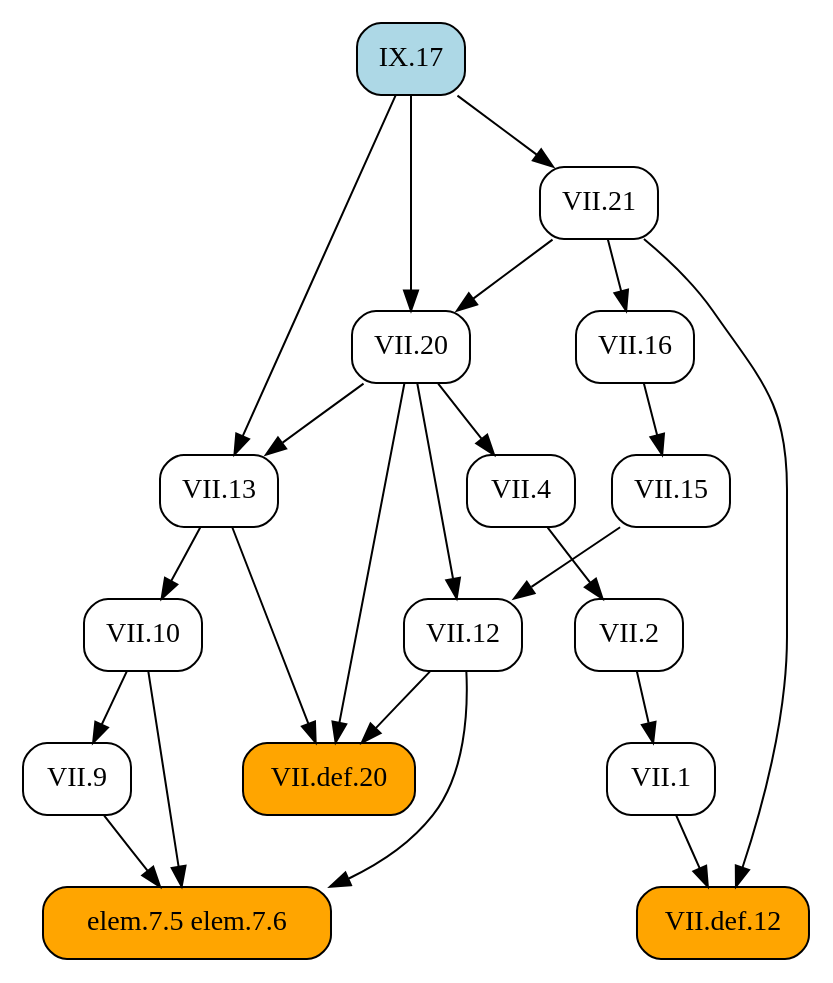
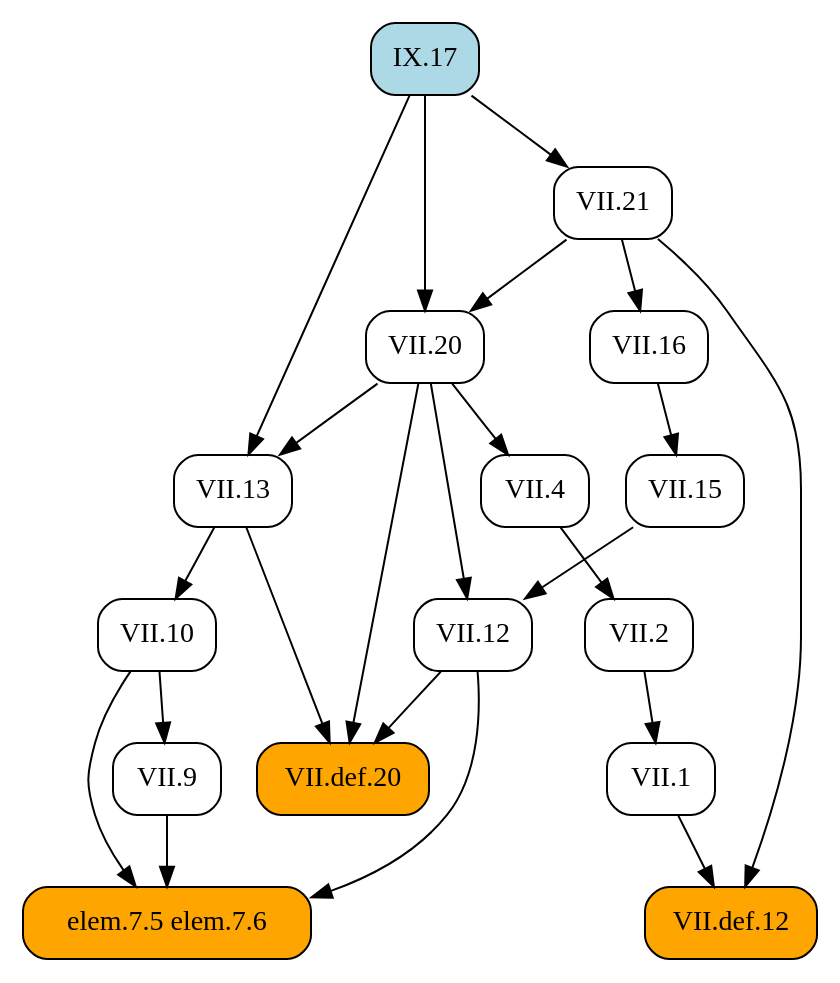
Before and after one commit to geometor/elements: the diagram in docsrc/heath/IX/17/index.rst, drawn with Graphviz. The commit also changed other lines of this file and 484 other files, not shown here.

```diff
--- a/docsrc/heath/IX/17/index.rst
+++ b/docsrc/heath/IX/17/index.rst
@@ -42,43 +42,43 @@
 .. graphviz::
 
    digraph {
      rankdir="TB";
      node [shape=box, style=rounded];
-     "elem.7.5 elem.7.6" [style="rounded,filled", fillcolor=orange];
-     "VII.20" [URL="/heath/VII/20/", target="_top"];
-     "VII.def.12" [style="rounded,filled", fillcolor=orange, URL="/heath/VII/def.12/", target="_top"];
-     "VII.1" [URL="/heath/VII/1/", target="_top"];
-     "VII.10" [URL="/heath/VII/10/", target="_top"];
-     "VII.9" [URL="/heath/VII/9/", target="_top"];
      "VII.13" [URL="/heath/VII/13/", target="_top"];
-     "VII.2" [URL="/heath/VII/2/", target="_top"];
-     "VII.16" [URL="/heath/VII/16/", target="_top"];
      "VII.12" [URL="/heath/VII/12/", target="_top"];
      "VII.4" [URL="/heath/VII/4/", target="_top"];
+     "VII.def.12" [style="rounded,filled", fillcolor=orange, URL="/heath/VII/def.12/", target="_top"];
+     "elem.7.5 elem.7.6" [style="rounded,filled", fillcolor=orange];
+     "VII.9" [URL="/heath/VII/9/", target="_top"];
+     "IX.17" [style="rounded,filled", fillcolor=lightblue, URL="/heath/IX/17/", target="_top"];
+     "VII.1" [URL="/heath/VII/1/", target="_top"];
+     "VII.16" [URL="/heath/VII/16/", target="_top"];
+     "VII.21" [URL="/heath/VII/21/", target="_top"];
+     "VII.20" [URL="/heath/VII/20/", target="_top"];
+     "VII.2" [URL="/heath/VII/2/", target="_top"];
+     "VII.def.20" [style="rounded,filled", fillcolor=orange, URL="/heath/VII/def.20/", target="_top"];
      "VII.15" [URL="/heath/VII/15/", target="_top"];
-     "VII.21" [URL="/heath/VII/21/", target="_top"];
-     "VII.def.20" [style="rounded,filled", fillcolor=orange, URL="/heath/VII/def.20/", target="_top"];
-     "IX.17" [style="rounded,filled", fillcolor=lightblue, URL="/heath/IX/17/", target="_top"];
+     "VII.10" [URL="/heath/VII/10/", target="_top"];
+     "VII.20" -> "VII.13";
+     "IX.17" -> "VII.13";
+     "VII.15" -> "VII.12";
+     "VII.20" -> "VII.12";
+     "VII.20" -> "VII.4";
+     "VII.1" -> "VII.def.12";
+     "VII.21" -> "VII.def.12";
      "VII.9" -> "elem.7.5 elem.7.6";
      "VII.10" -> "elem.7.5 elem.7.6";
      "VII.12" -> "elem.7.5 elem.7.6";
+     "VII.10" -> "VII.9";
+     "VII.2" -> "VII.1";
+     "VII.21" -> "VII.16";
+     "IX.17" -> "VII.21";
      "VII.21" -> "VII.20";
      "IX.17" -> "VII.20";
-     "VII.1" -> "VII.def.12";
-     "VII.21" -> "VII.def.12";
-     "VII.2" -> "VII.1";
-     "VII.13" -> "VII.10";
-     "VII.10" -> "VII.9";
-     "VII.20" -> "VII.13";
-     "IX.17" -> "VII.13";
      "VII.4" -> "VII.2";
-     "VII.21" -> "VII.16";
-     "VII.15" -> "VII.12";
-     "VII.20" -> "VII.12";
-     "VII.20" -> "VII.4";
-     "VII.16" -> "VII.15";
-     "IX.17" -> "VII.21";
      "VII.12" -> "VII.def.20";
      "VII.13" -> "VII.def.20";
      "VII.20" -> "VII.def.20";
+     "VII.16" -> "VII.15";
+     "VII.13" -> "VII.10";
    }
```
